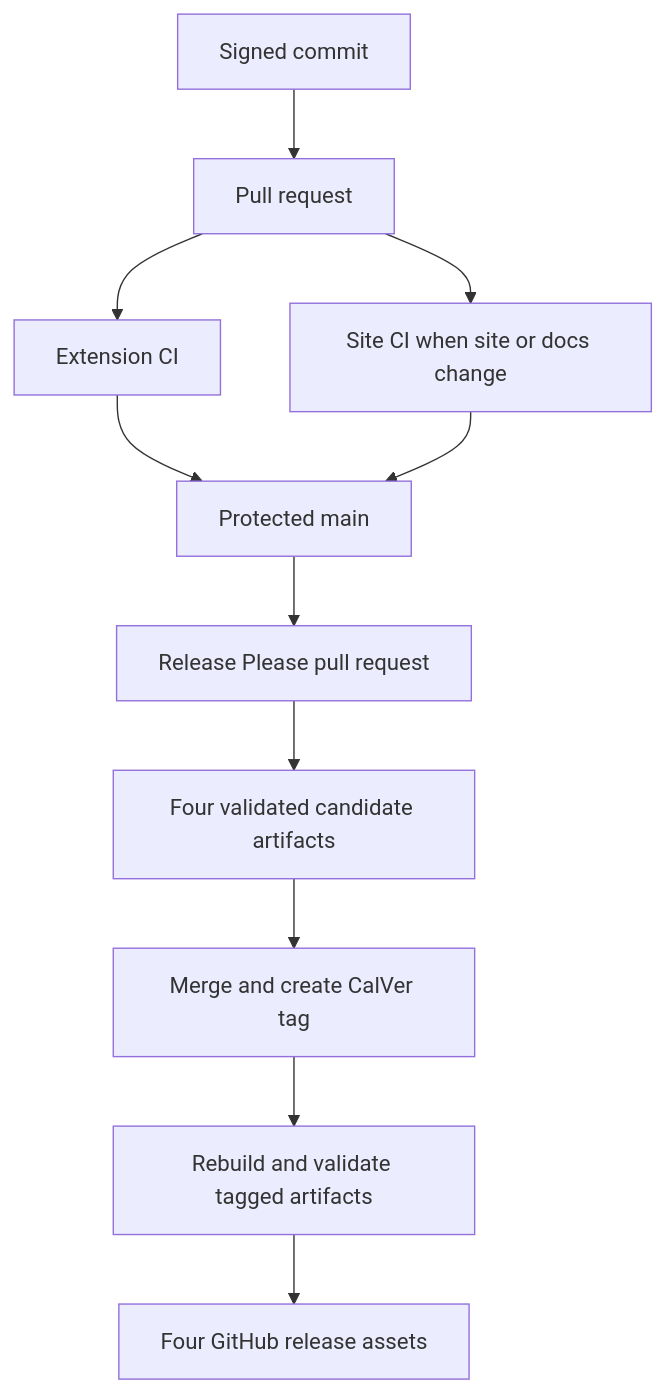
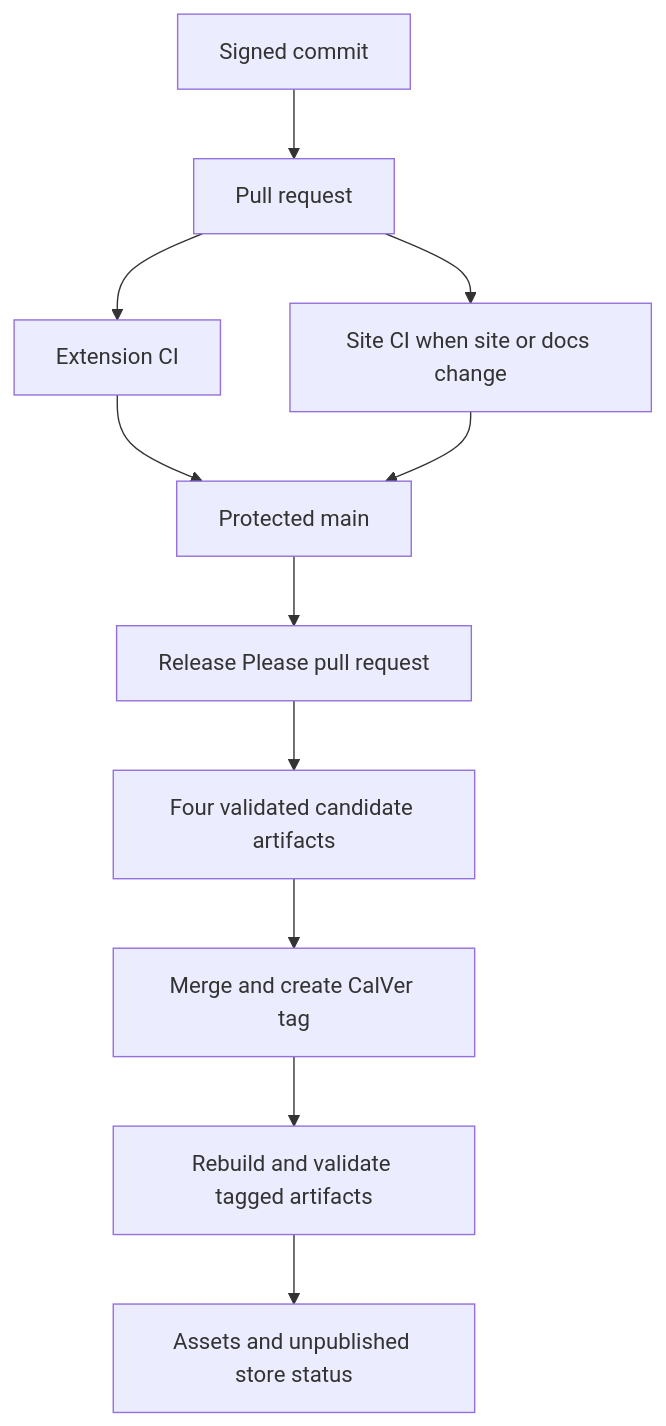
One commit to whizzzkid/point-and-shoot changed the diagram in docs/specs/build-release-and-verification.md. Above: the diagram before and after it, drawn with Mermaid. The commit also changed other lines of this file and 8 other files, not shown here.

First line of the commit message:
feat(release): 📊 report store installation status

````diff
--- a/docs/specs/build-release-and-verification.md
+++ b/docs/specs/build-release-and-verification.md
@@ -133,13 +138,13 @@
 ```mermaid
 flowchart TD
     Commit[Signed commit] --> PullRequest[Pull request]
     PullRequest --> ExtensionCI[Extension CI]
     PullRequest --> SiteCI[Site CI when site or docs change]
     ExtensionCI --> Main[Protected main]
     SiteCI --> Main
     Main --> ReleasePlease[Release Please pull request]
     ReleasePlease --> Preview[Four validated candidate artifacts]
     Preview --> Tag[Merge and create CalVer tag]
     Tag --> Final[Rebuild and validate tagged artifacts]
-    Final --> Release[Four GitHub release assets]
+    Final --> Release[Assets and unpublished store status]
 ```
````
